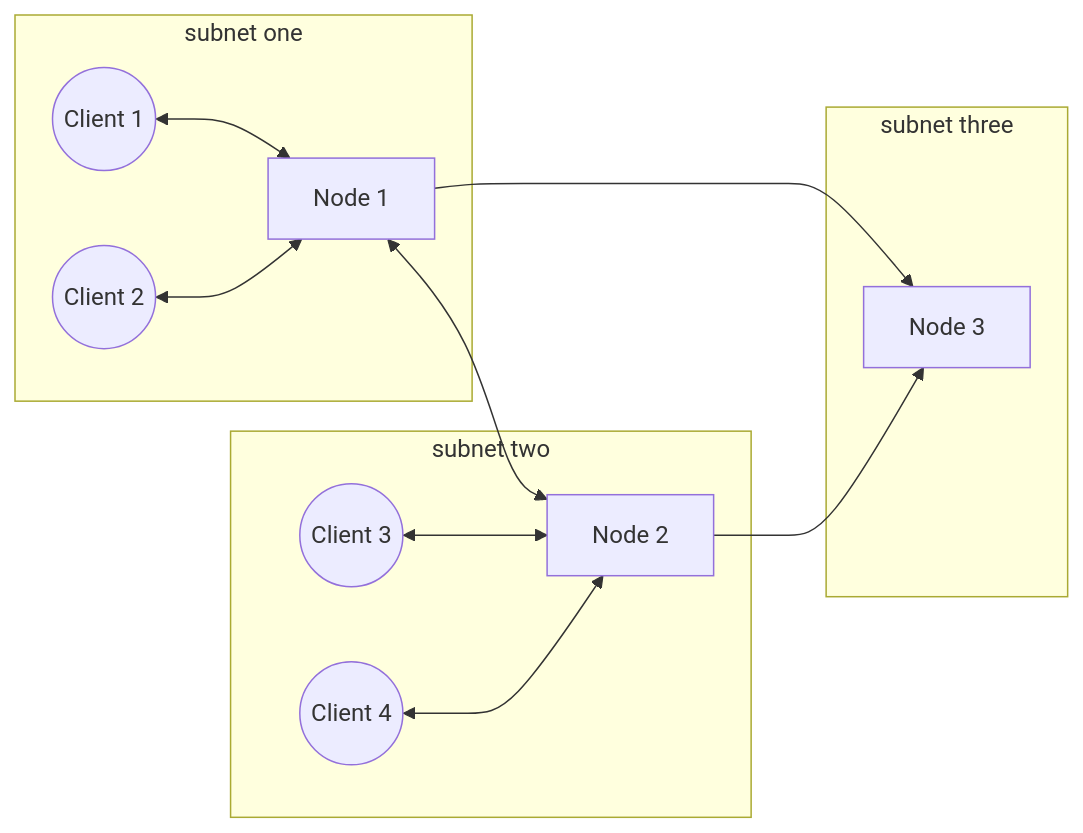
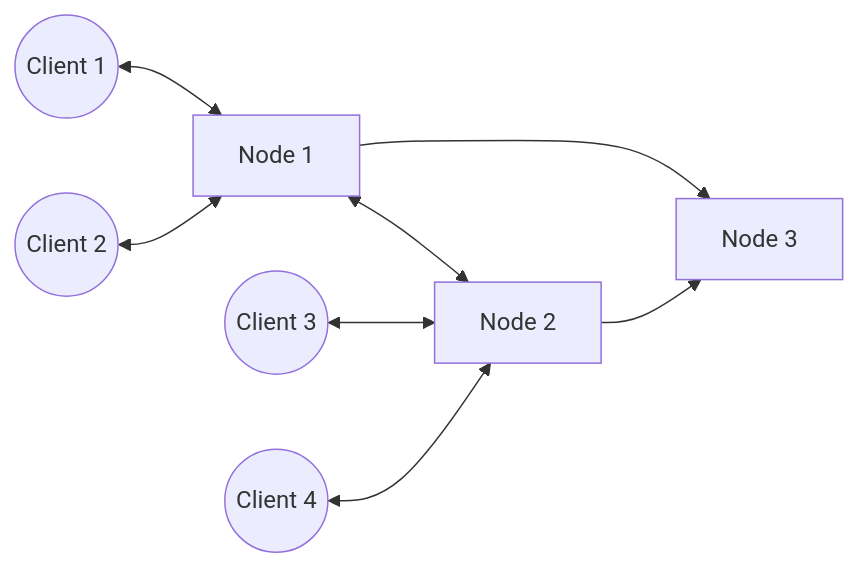
The diagram in README.md (niklas-enns/message-broker), drawn with Mermaid before and after one commit.

````diff
--- a/README.md
+++ b/README.md
@@ -11,17 +11,11 @@
 ```mermaid
 graph LR;
     N1[Node 1]<-->N2[Node 2]
     N1[Node 1]-->N3[Node 3]
     N2-->N3
-    subgraph "subnet one"
     C1((Client 1))<-->N1;
     C2((Client 2))<-->N1;
-    end
-    subgraph "subnet two"
     C3((Client 3))<-->N2;
     C4((Client 4))<-->N2;
-    end
-    subgraph "subnet three"
     N3[Node 3]
-    end
 ```
````
